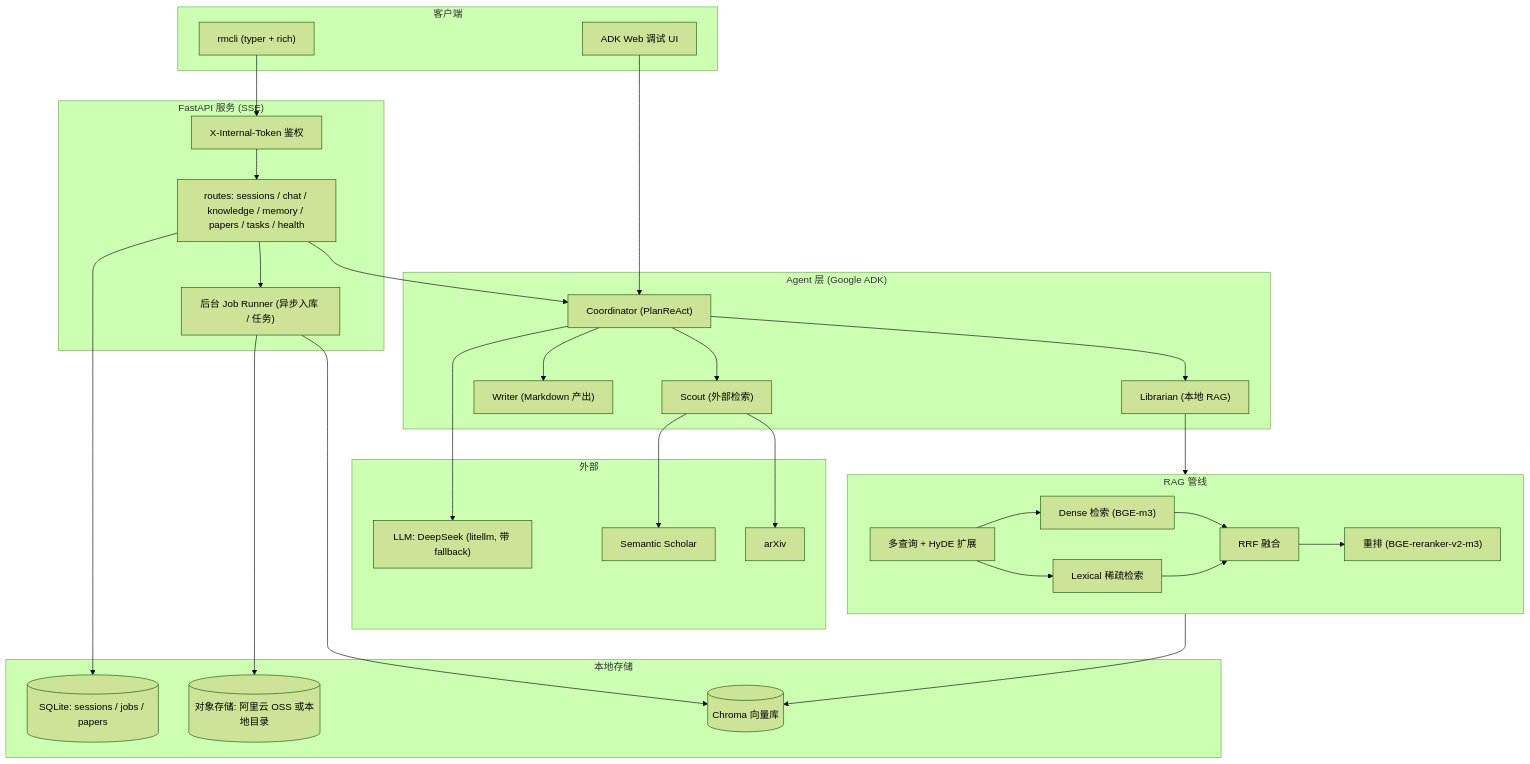
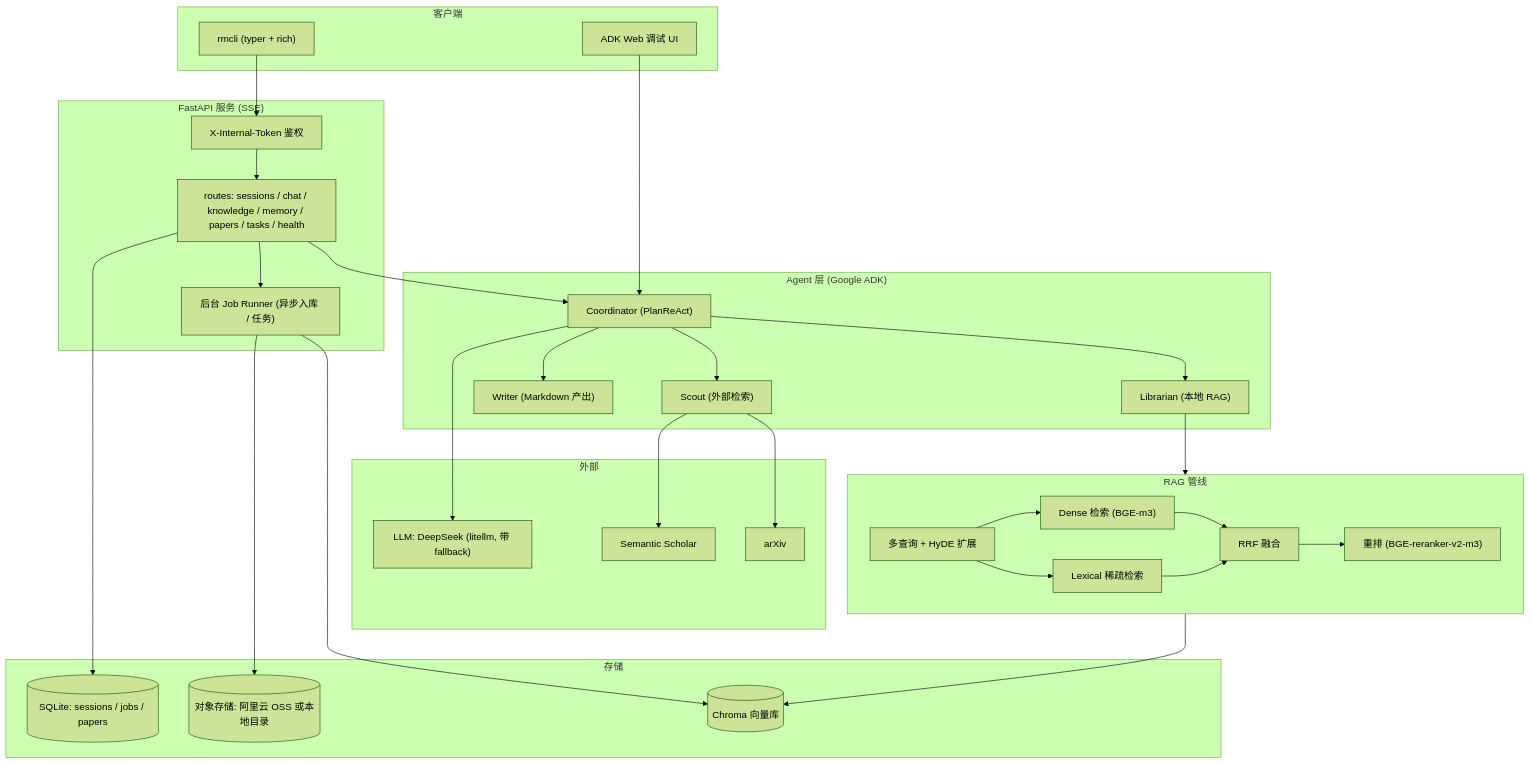
The diagram in README.md (Yz017/Yz-ResearchMate), drawn with Mermaid (forest theme) before and after one commit. The commit also changed other lines of this file and 1 other file, not shown here.

````diff
--- a/README.md
+++ b/README.md
@@ -60,59 +60,59 @@
 ```mermaid
 flowchart TB
     subgraph Client["客户端"]
         CLI["rmcli (typer + rich)"]
         ADK["ADK Web 调试 UI"]
     end
 
     subgraph Service["FastAPI 服务 (SSE)"]
         AUTH["X-Internal-Token 鉴权"]
         ROUTES["routes: sessions / chat / knowledge / memory / papers / tasks / health"]
         JOB["后台 Job Runner (异步入库 / 任务)"]
     end
 
     subgraph Agents["Agent 层 (Google ADK)"]
         COORD["Coordinator (PlanReAct)"]
         LIB["Librarian (本地 RAG)"]
         SCOUT["Scout (外部检索)"]
         WRITER["Writer (Markdown 产出)"]
         COORD --> LIB
         COORD --> SCOUT
         COORD --> WRITER
     end
 
     subgraph RAG["RAG 管线"]
         EXP["多查询 + HyDE 扩展"]
         DENSE["Dense 检索 (BGE-m3)"]
         SPARSE["Lexical 稀疏检索"]
         RRF["RRF 融合"]
         RERANK["重排 (BGE-reranker-v2-m3)"]
         EXP --> DENSE --> RRF
         EXP --> SPARSE --> RRF
         RRF --> RERANK
     end
 
-    subgraph Store["本地存储"]
+    subgraph Store["存储"]
         CHROMA[("Chroma 向量库")]
         SQLITE[("SQLite: sessions / jobs / papers")]
         OSS[("对象存储: 阿里云 OSS 或本地目录")]
     end
 
     subgraph External["外部"]
         LLM["LLM: DeepSeek (litellm, 带 fallback)"]
         ARXIV["arXiv"]
         S2["Semantic Scholar"]
     end
 
     CLI --> AUTH
     ADK --> COORD
     AUTH --> ROUTES --> COORD
     ROUTES --> JOB
     LIB --> RAG
     RAG --> CHROMA
     JOB --> CHROMA
     JOB --> OSS
     ROUTES --> SQLITE
     SCOUT --> ARXIV
     SCOUT --> S2
     COORD --> LLM
 ```
````
